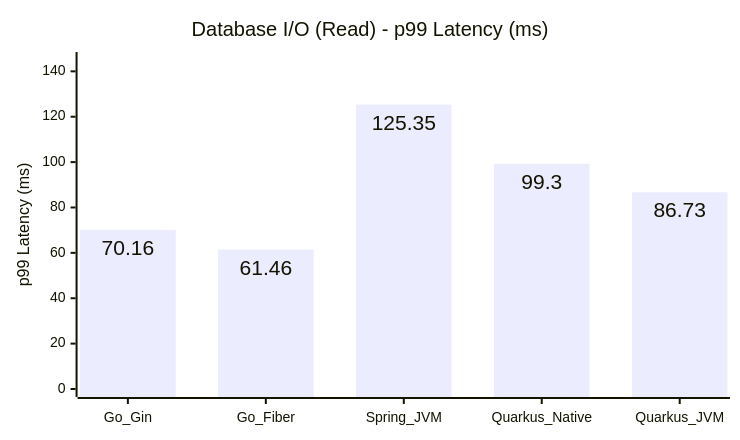
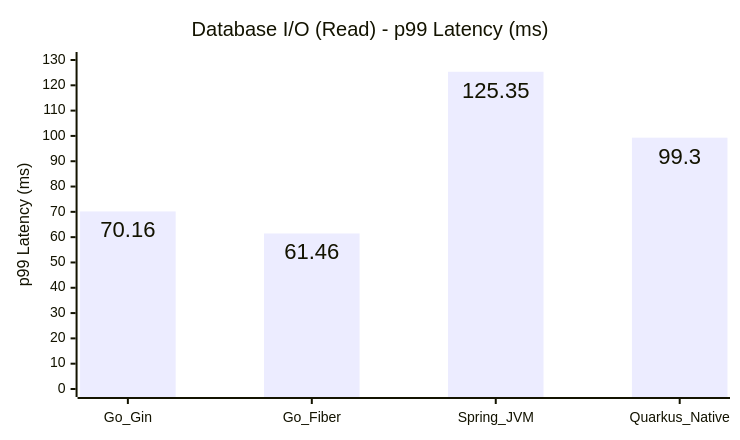
Before and after one commit to hiiamtin/go-vs-java: the fifth of 15 diagrams in COMPARISON_REPORT.md, drawn with Mermaid. The commit also changed other lines of this file and 90 other files, not shown here.

Commit message:
Remove Quarkus JVM variant and refresh benchmark results

````diff
--- a/COMPARISON_REPORT.md
+++ b/COMPARISON_REPORT.md
@@ -108,14 +112,14 @@
 ```mermaid
 ---
 config:
   xyChart:
     width: 720
     height: 420
     showDataLabel: true
 ---
 xychart
     title "Database I/O (Read) - p99 Latency (ms)"
-    x-axis [Go_Gin, Go_Fiber, Spring_JVM, Quarkus_Native, Quarkus_JVM]
-    y-axis "p99 Latency (ms)" 0 --> 145
-    bar [70.16, 61.46, 125.35, 99.3, 86.73]
+    x-axis [Go_Gin, Go_Fiber, Spring_JVM, Quarkus_Native]
+    y-axis "p99 Latency (ms)" 0 --> 130
+    bar [70.16, 61.46, 125.35, 99.3]
 ```
````
